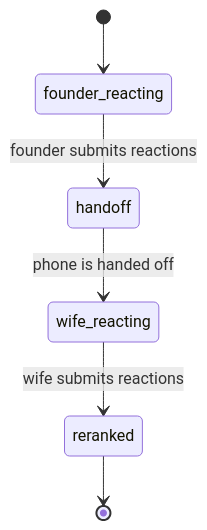
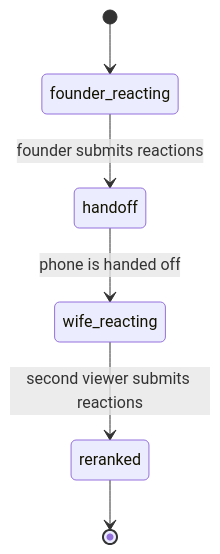
The diagram in docs/architecture/shared-session-state-machine.md (czzzry/watchsignal), drawn with Mermaid before and after one commit. The commit also changed other lines of this file and 23 other files, not shown here.

````diff
--- a/docs/architecture/shared-session-state-machine.md
+++ b/docs/architecture/shared-session-state-machine.md
@@ -9,8 +9,8 @@
 ```mermaid
 stateDiagram-v2
     [*] --> founder_reacting
     founder_reacting --> handoff: founder submits reactions
     handoff --> wife_reacting: phone is handed off
-    wife_reacting --> reranked: wife submits reactions
+    wife_reacting --> reranked: second viewer submits reactions
     reranked --> [*]
 ```
````
